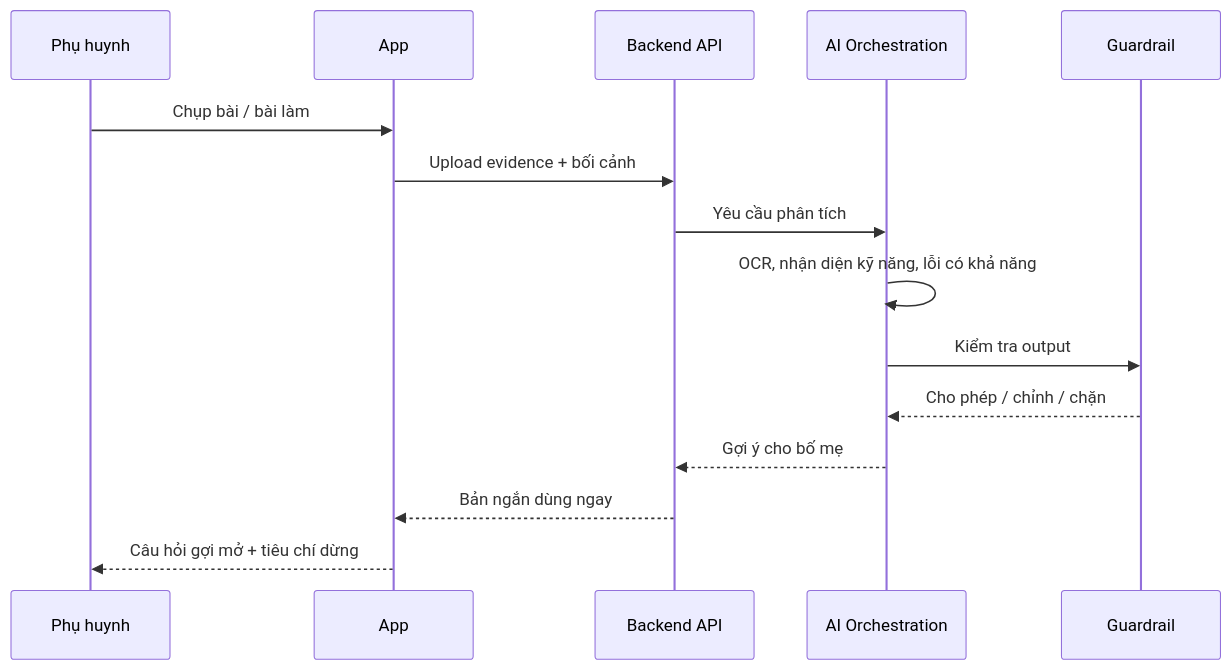
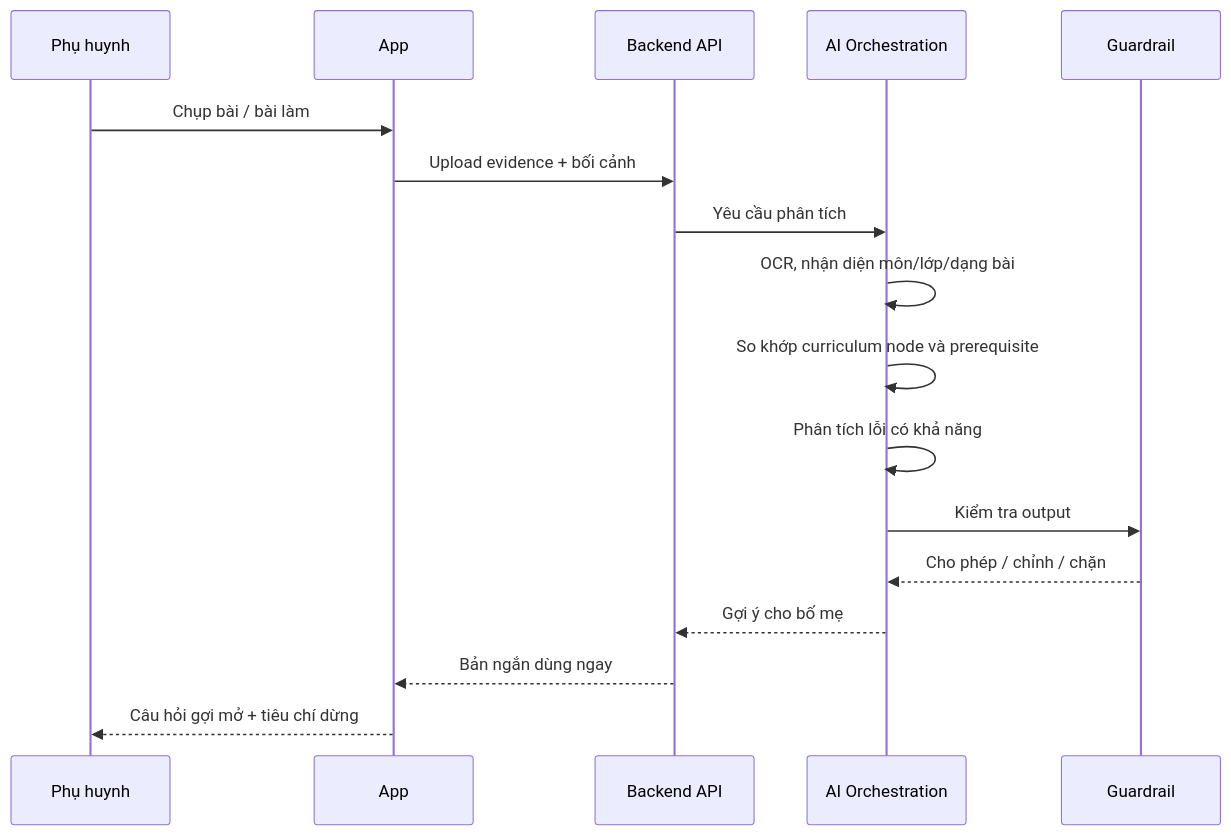
One commit to AnhBeva/ai-hieu-con-docs changed the second of 4 diagrams in docs/vi/architecture/index.md. Above: the diagram before and after it, drawn with Mermaid. The commit also changed other lines of this file and 9 other files, not shown here.

````diff
--- a/docs/vi/architecture/index.md
+++ b/docs/vi/architecture/index.md
@@ -114,18 +132,20 @@
 ```mermaid
 sequenceDiagram
     participant Parent as Phụ huynh
     participant App as App
     participant API as Backend API
     participant AI as AI Orchestration
     participant Safe as Guardrail
 
     Parent->>App: Chụp bài / bài làm
     App->>API: Upload evidence + bối cảnh
     API->>AI: Yêu cầu phân tích
-    AI->>AI: OCR, nhận diện kỹ năng, lỗi có khả năng
+    AI->>AI: OCR, nhận diện môn/lớp/dạng bài
+    AI->>AI: So khớp curriculum node và prerequisite
+    AI->>AI: Phân tích lỗi có khả năng
     AI->>Safe: Kiểm tra output
     Safe-->>AI: Cho phép / chỉnh / chặn
     AI-->>API: Gợi ý cho bố mẹ
     API-->>App: Bản ngắn dùng ngay
     App-->>Parent: Câu hỏi gợi mở + tiêu chí dừng
 ```
````
